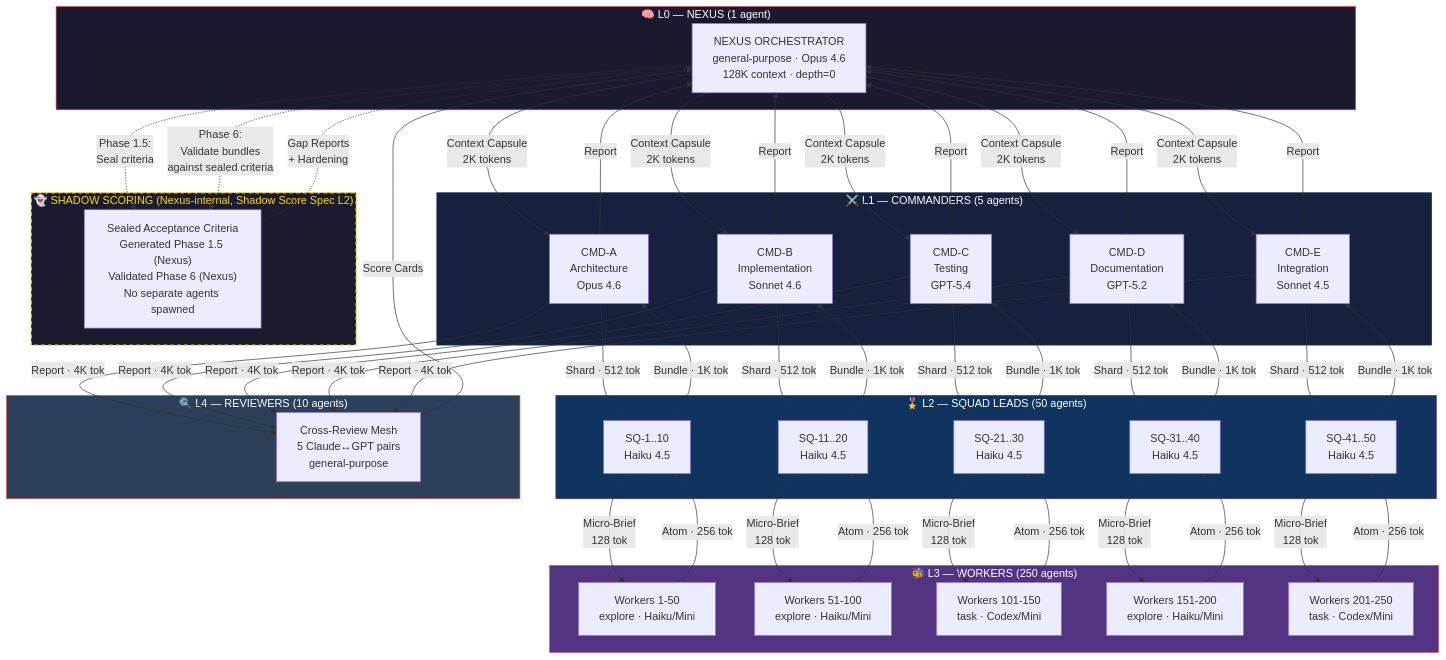
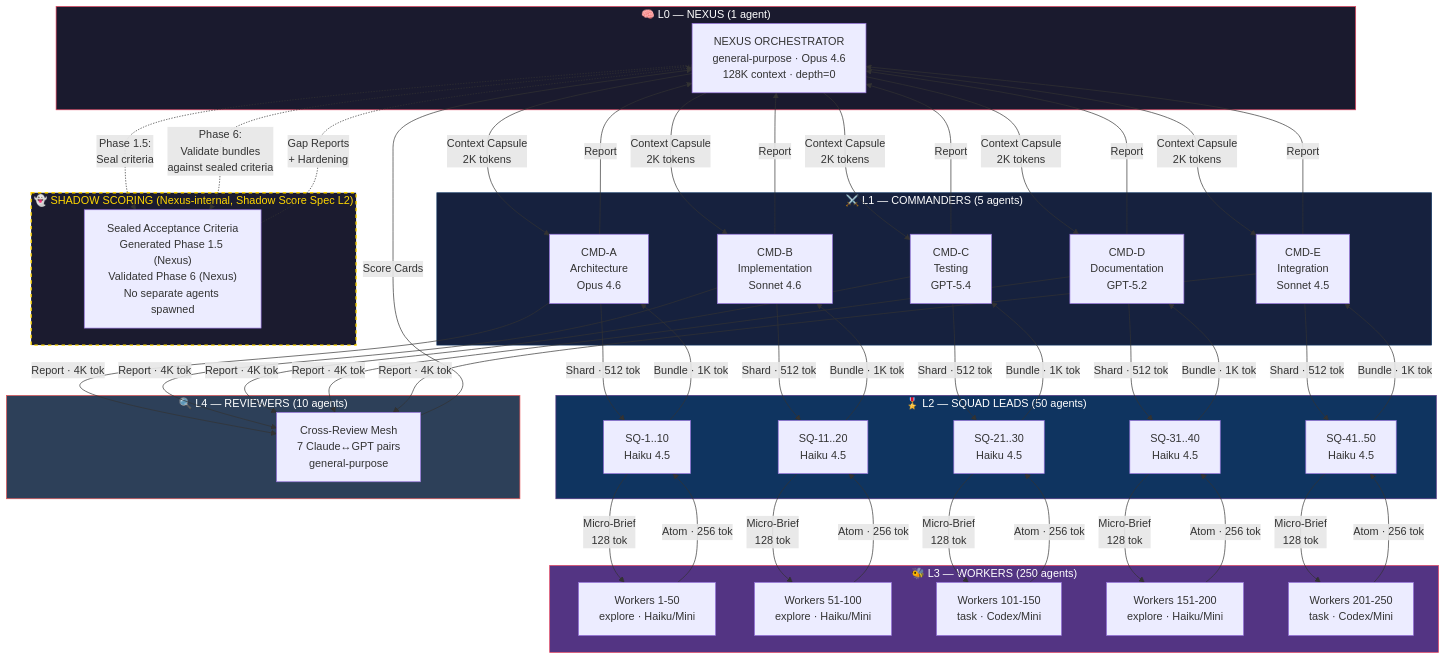
One commit to DUBSOpenHub/swarm-command changed the first of 7 diagrams in docs/architecture-diagrams.md. Above: the diagram before and after it, drawn with Mermaid. The commit also changed 9 other files, not shown here.

```diff
--- a/docs/architecture-diagrams.md
+++ b/docs/architecture-diagrams.md
@@ -33,7 +33,7 @@
     end
 
     subgraph L4["🔍 L4 — REVIEWERS (10 agents)"]
-        REV["Cross-Review Mesh<br/>5 Claude↔GPT pairs<br/>general-purpose"]
+        REV["Cross-Review Mesh<br/>7 Claude↔GPT pairs<br/>general-purpose"]
     end
 
     subgraph SHADOW["👻 SHADOW SCORING (Nexus-internal, Shadow Score Spec L2)"]
```
